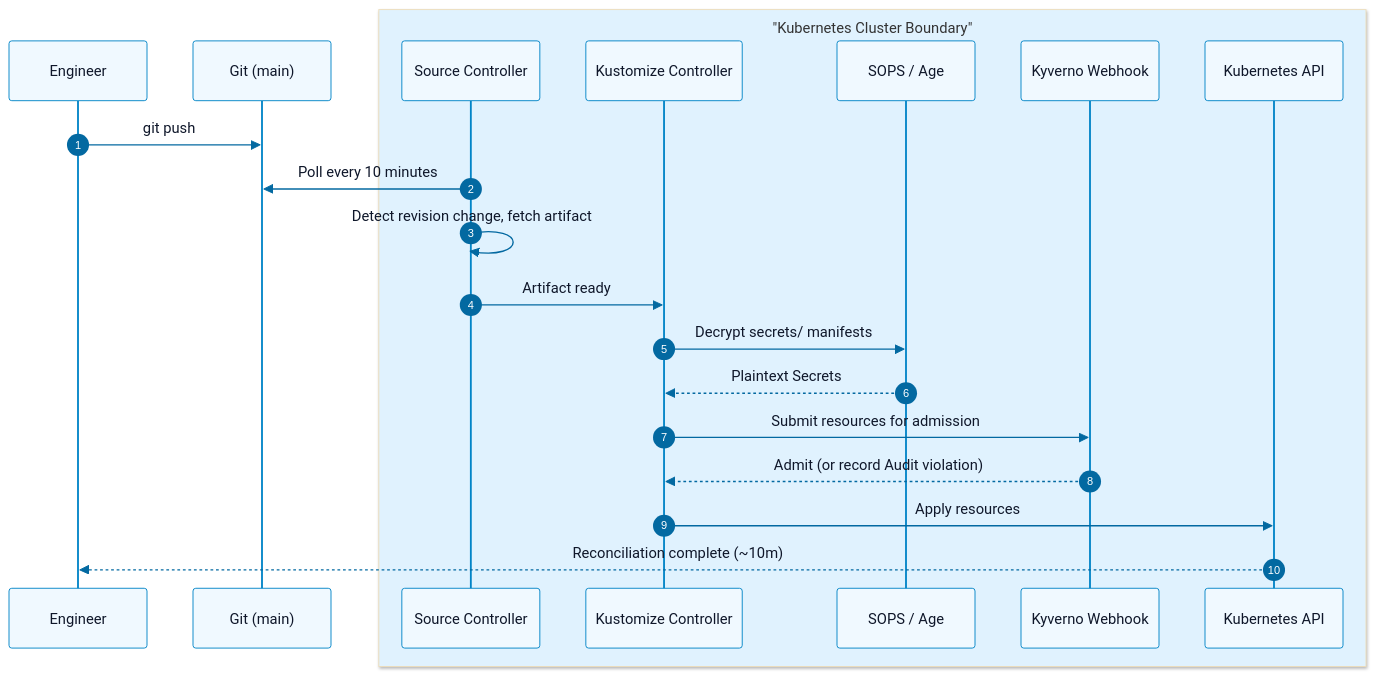
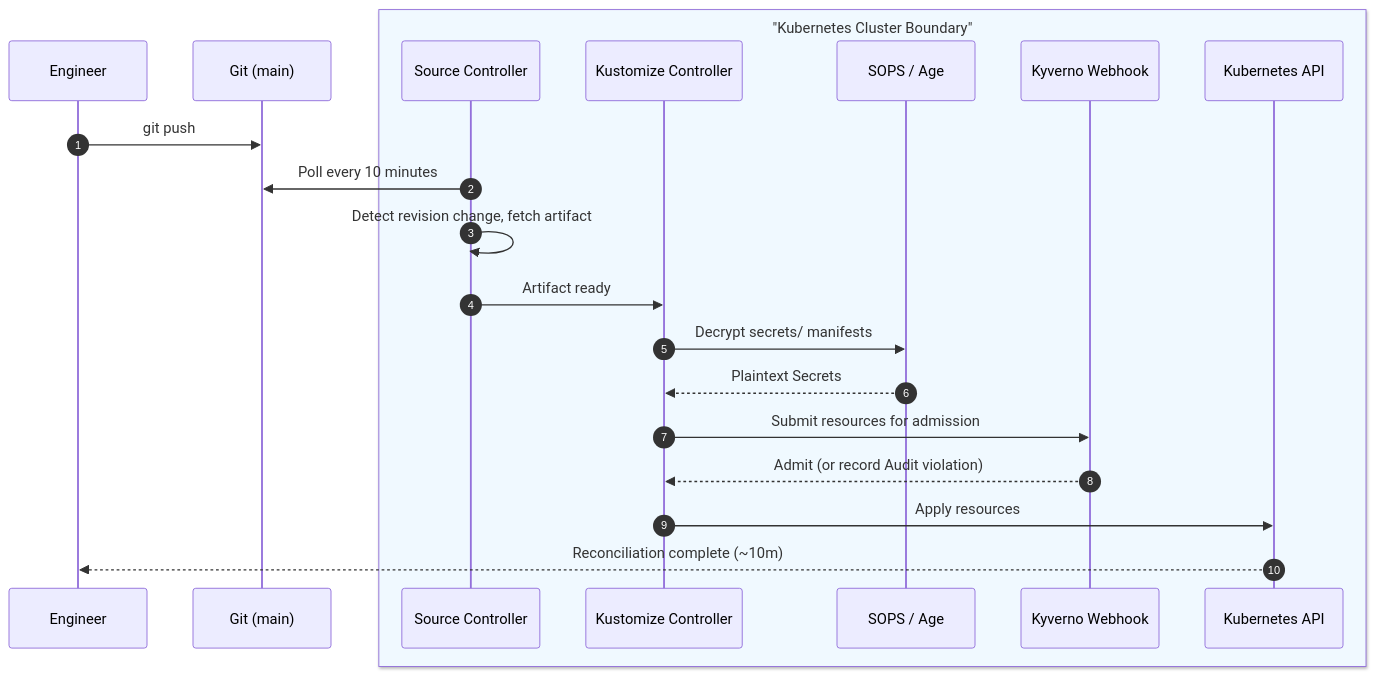
Before and after one commit to Aishwaryaa12/flux-gitops: the second of 5 diagrams in README.md, drawn with Mermaid.

Commit message:
fix: formatting issues

````diff
--- a/README.md
+++ b/README.md
@@ -147,42 +147,42 @@
 ```mermaid
 %%{init: {
   'theme': 'base',
   'themeVariables': {
-    'actorBkg': '#f0f9ff',
-    'actorBorder': '#0284c7',
-    'actorTextColor': '#0f172a',
-    'actorLineColor': '#0284c7',
-    'signalColor': '#0369a1',
-    'signalTextColor': '#0f172a',
-    'sequenceNumberColor': '#ffffff',
-    'sequenceNumberBkg': '#0ea5e9'
+    'actorBkg': '#e0f2fe',          /* Very light sky blue for the boxes */
+    'actorBorder': '#0ea5e9',       /* Bright sky blue for borders */
+    'actorTextColor': '#082f49',    /* Deep navy (almost black) for high readability */
+    'actorLineColor': '#7dd3fc',    /* Soft blue for the vertical lifelines */
+    'signalColor': '#0284c7',       /* Strong blue for the action arrows */
+    'signalTextColor': '#082f49',   /* Deep navy text for the arrow labels */
+    'sequenceNumberColor': '#ffffff', 
+    'sequenceNumberBkg': '#0284c7'  /* Strong blue for the step numbers */
   }
 }}%%
 sequenceDiagram
     autonumber
     
     %% External Participants
     participant Dev as Engineer
     participant Git as Git (main)
     
     %% Cluster Boundary Grouping
-    box rgb(224, 242, 254) "Kubernetes Cluster Boundary"
+    box rgb(240, 249, 255) "Kubernetes Cluster Boundary"
         participant Src as Source Controller
         participant Kust as Kustomize Controller
         participant SOPS as SOPS / Age
         participant Kyverno as Kyverno Webhook
         participant K8s as Kubernetes API
     end
 
     %% Flow Execution
     Dev->>Git: git push
     Src->>Git: Poll every 10 minutes
     Src->>Src: Detect revision change, fetch artifact
     Src->>Kust: Artifact ready
     Kust->>SOPS: Decrypt secrets/ manifests
     SOPS-->>Kust: Plaintext Secrets
     Kust->>Kyverno: Submit resources for admission
     Kyverno-->>Kust: Admit (or record Audit violation)
     Kust->>K8s: Apply resources
     K8s-->>Dev: Reconciliation complete (~10m)
 ```
````
